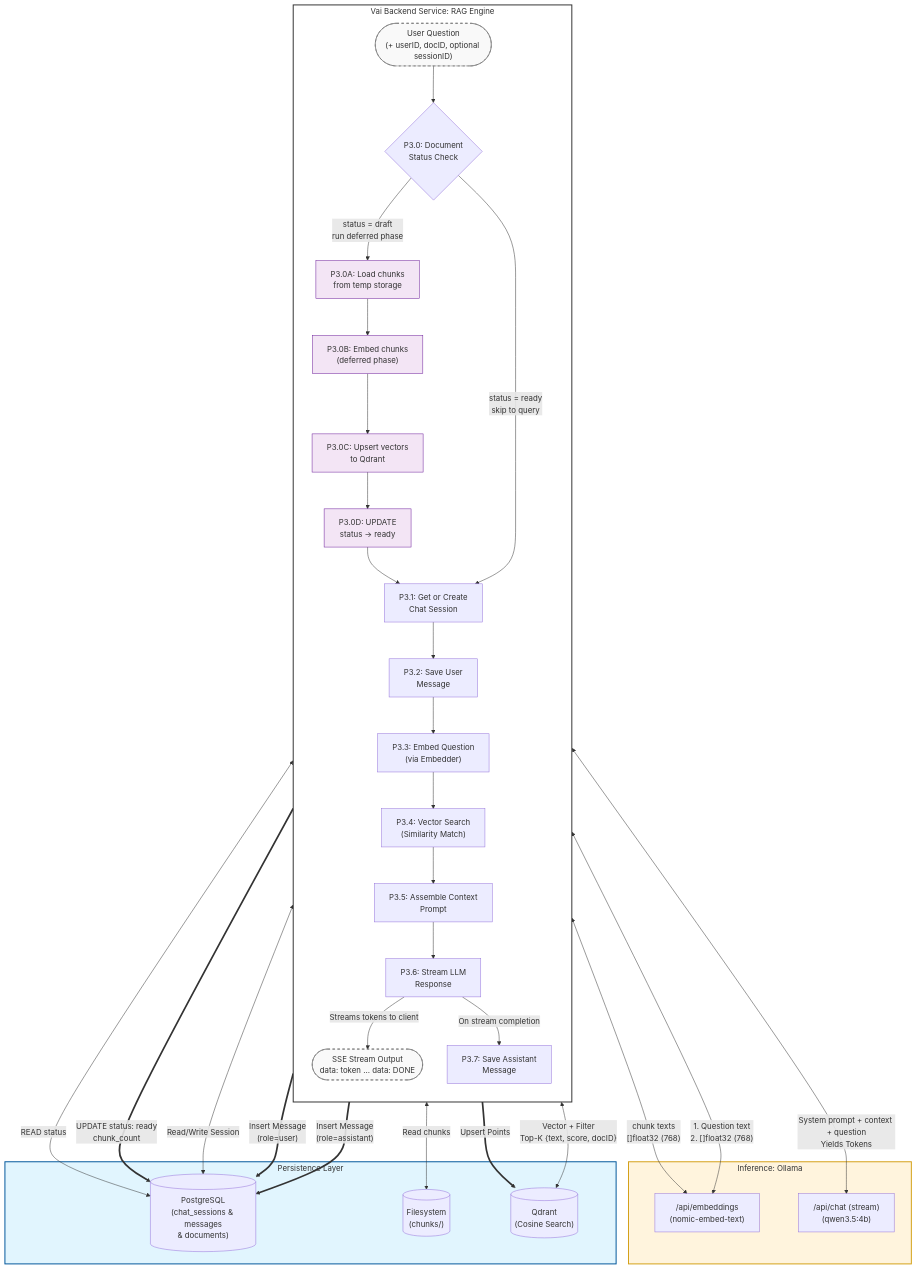
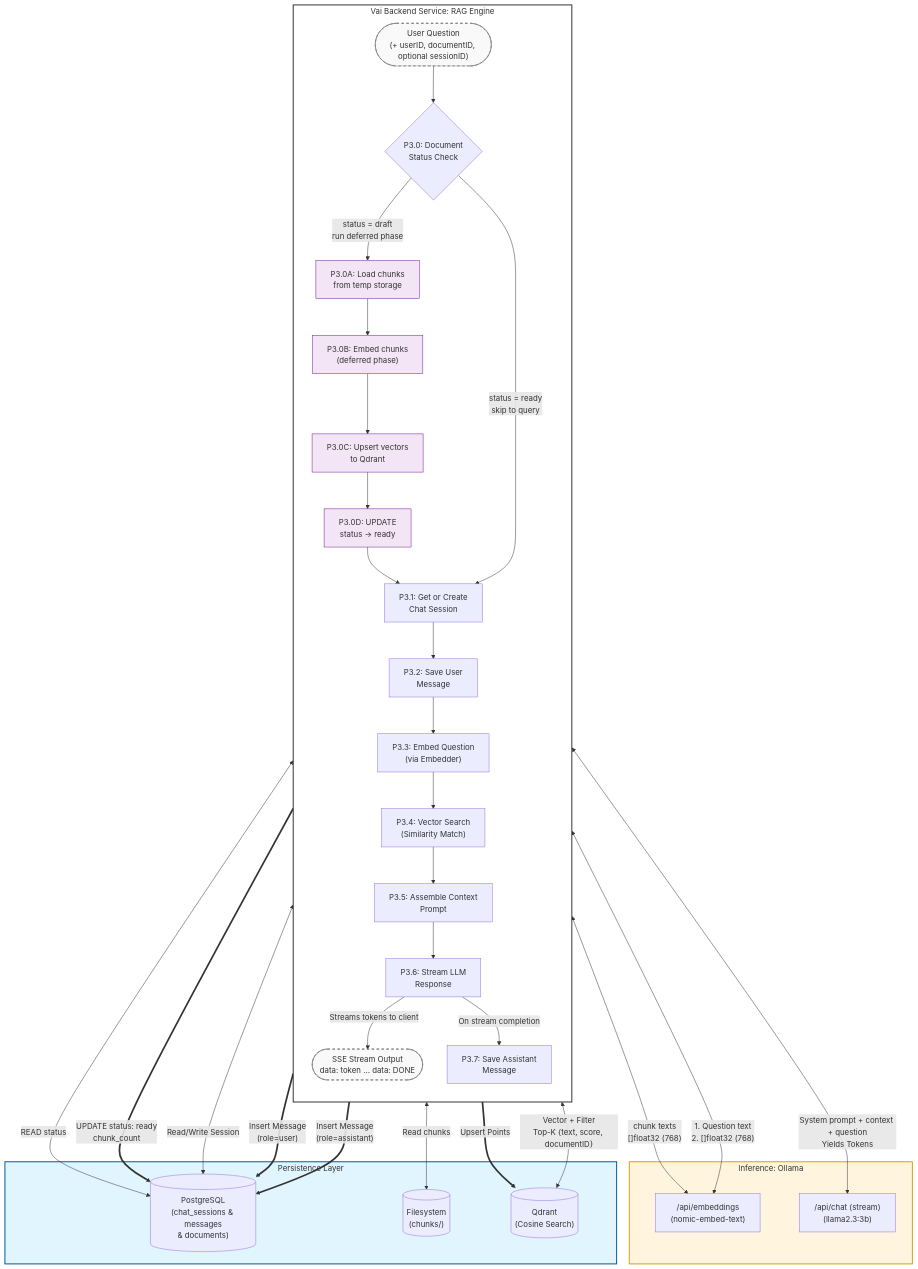
Before and after one commit to ABDELRAHMAN-ELRAYES/Vai: the fourth of 5 diagrams in docs/diagrams/DFD.md, drawn with Mermaid. The commit also changed other lines of this file and 41 other files, not shown here.

Commit message:
Feat: Connected AI embedding model 'nomic-embedding-text' using api calls, created the embedding service method, converted the document chunks into embedding form the qdrant points and upsert them

````diff
--- a/docs/diagrams/DFD.md
+++ b/docs/diagrams/DFD.md
@@ -218,76 +223,76 @@
 ```mermaid
 flowchart TD
     subgraph App [Vai Backend Service: RAG Engine]
         direction TB
-        Start(["User Question\n(+ userID, docID, optional sessionID)"])
+        Start(["User Question\n(+ userID, documentID, optional sessionID)"])
 
         P3_0{"P3.0: Document\nStatus Check"}
         P3_0A["P3.0A: Load chunks\nfrom temp storage"]
         P3_0B["P3.0B: Embed chunks\n(deferred phase)"]
         P3_0C["P3.0C: Upsert vectors\nto Qdrant"]
         P3_0D["P3.0D: UPDATE\nstatus → ready"]
 
         P3_1["P3.1: Get or Create\nChat Session"]
         P3_2["P3.2: Save User\nMessage"]
         P3_3["P3.3: Embed Question\n(via Embedder)"]
         P3_4["P3.4: Vector Search\n(Similarity Match)"]
         P3_5["P3.5: Assemble Context\nPrompt"]
         P3_6["P3.6: Stream LLM\nResponse"]
         P3_7["P3.7: Save Assistant\nMessage"]
 
         End(["SSE Stream Output\ndata: token ... data: DONE"])
     end
 
     subgraph AI [Inference: Ollama]
         OL_E["/api/embeddings\n(nomic-embed-text)"]
-        OL_C["/api/chat (stream)\n(qwen3.5:4b)"]
+        OL_C["/api/chat (stream)\n(llama2.3:3b)"]
     end
 
     subgraph Data [Persistence Layer]
         DB[("PostgreSQL\n(chat_sessions & messages\n& documents)")]
         FS_TMP[("Filesystem\n(chunks/)")]
         QD[("Qdrant\n(Cosine Search)")]
     end
 
     %% Status gate
     Start --> P3_0
     P3_0 -->|"status = draft\nrun deferred phase"| P3_0A
     P3_0A --> P3_0B
     P3_0B --> P3_0C
     P3_0C --> P3_0D
     P3_0D --> P3_1
     P3_0 -->|"status = ready\nskip to query"| P3_1
 
     %% Main RAG flow
     P3_1 --> P3_2
     P3_2 --> P3_3
     P3_3 --> P3_4
     P3_4 --> P3_5
     P3_5 --> P3_6
     P3_6 -->|"Streams tokens to client"| End
     P3_6 -->|"On stream completion"| P3_7
 
     %% IO — deferred phase
     P3_0 <-->|"READ status"| DB
     P3_0A <-->|"Read chunks"| FS_TMP
     P3_0B <-->|"chunk texts\n[]float32 (768)"| OL_E
     P3_0C ==>|"Upsert Points"| QD
     P3_0D ==>|"UPDATE status: ready\nchunk_count"| DB
 
     %% IO — RAG phase
     P3_1 <-->|"Read/Write Session"| DB
     P3_2 ==>|"Insert Message\n(role=user)"| DB
     P3_3 <-->|"1. Question text\n2. []float32 (768)"| OL_E
-    P3_4 <-->|"Vector + Filter\nTop-K {text, score, docID}"| QD
+    P3_4 <-->|"Vector + Filter\nTop-K {text, score, documentID}"| QD
     P3_6 <-->|"System prompt + context + question\nYields Tokens"| OL_C
     P3_7 ==>|"Insert Message\n(role=assistant)"| DB
 
     style App fill:#ffffff,stroke:#333,stroke-width:2px
     style AI fill:#fff4dd,stroke:#d4a017,stroke-width:2px
     style Data fill:#e1f5fe,stroke:#01579b,stroke-width:2px
 
     classDef io fill:#f9f9f9,stroke:#666,stroke-width:1px,stroke-dasharray: 5 5
     classDef deferred fill:#f3e5f5,stroke:#6a1b9a,stroke-width:1px
     class Start,End io
     class P3_0A,P3_0B,P3_0C,P3_0D deferred
 ```
````
